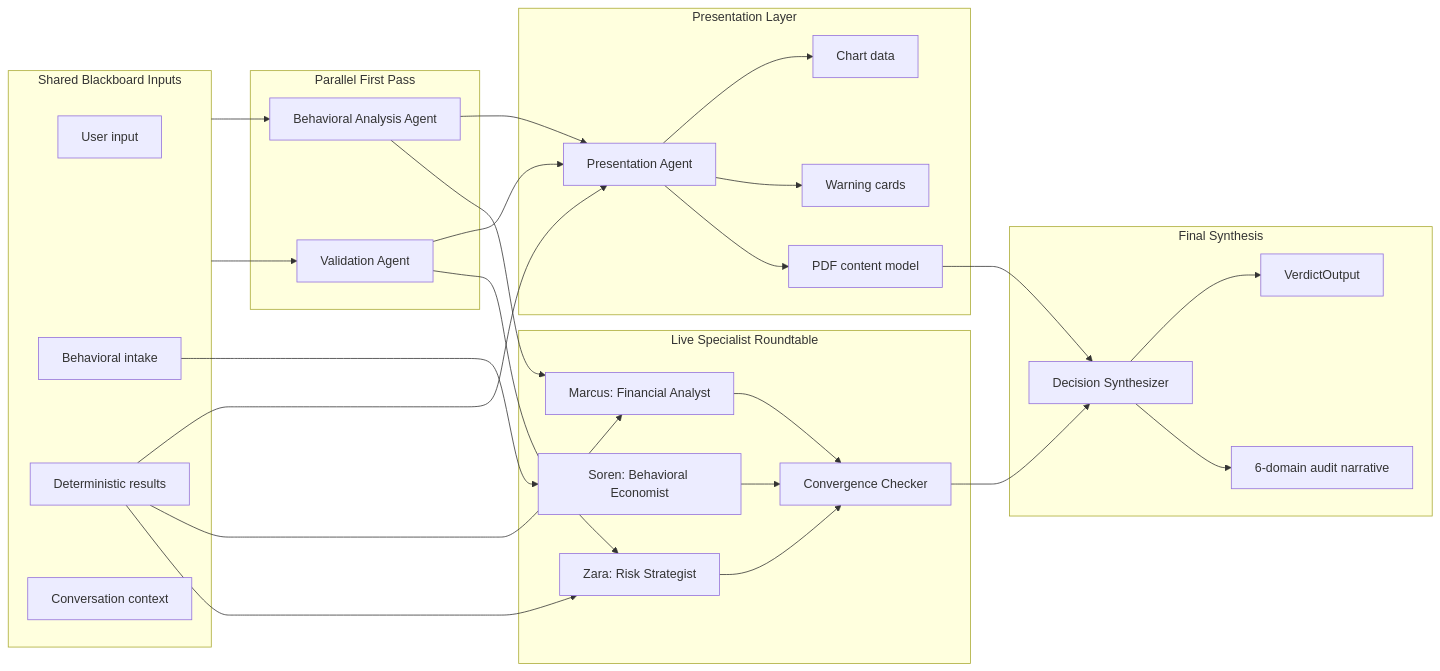
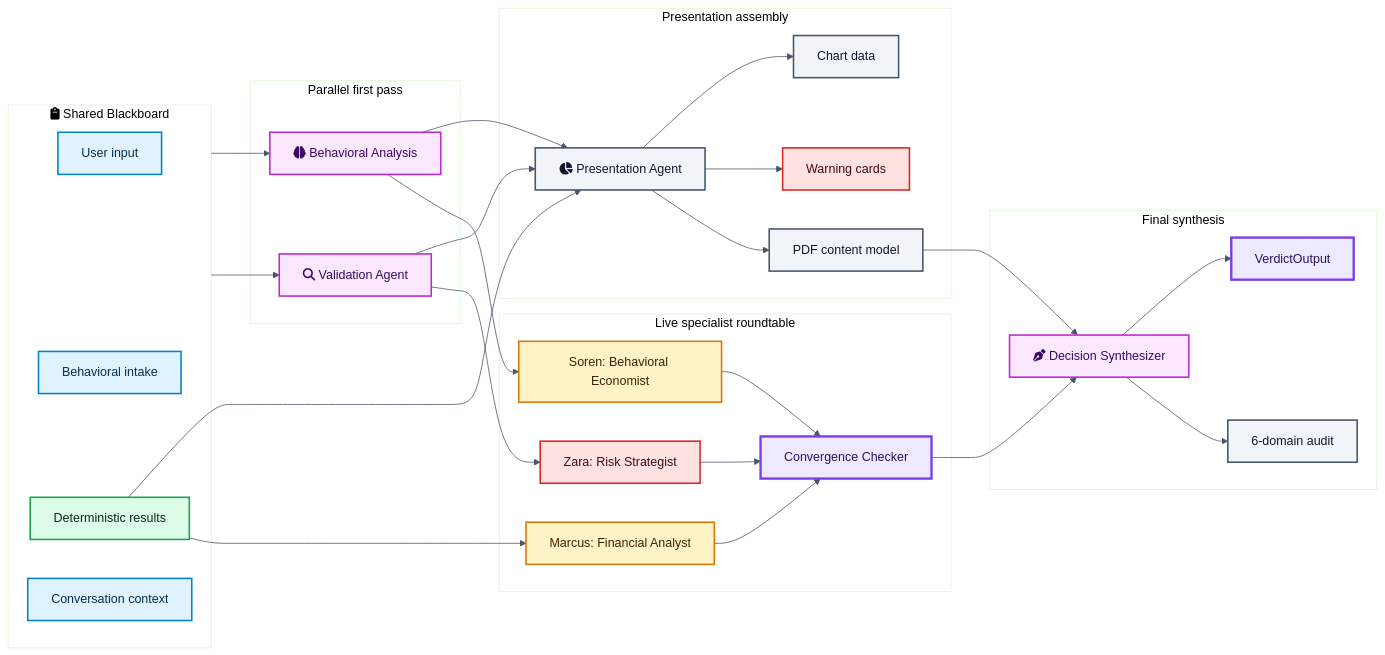
The eighth of 15 diagrams in README.md (HeetRanpura/NIV-AI), drawn with Mermaid before and after one commit. The commit also changed other lines of this file, not shown here.

Commit message:
Refine README diagrams and cost model

````diff
--- a/README.md
+++ b/README.md
@@ -493,56 +691,62 @@
 ```mermaid
+%%{init: {"theme":"base","themeVariables":{"primaryColor":"#fae8ff","primaryBorderColor":"#c026d3","lineColor":"#475569","fontFamily":"Inter, Arial"}}}%%
 flowchart LR
-    subgraph Inputs["Shared Blackboard Inputs"]
-        UI["User input"]
-        BI["Behavioral intake"]
-        DR["Deterministic results"]
-        CTX["Conversation context"]
+    subgraph BB["fa:fa-clipboard Shared Blackboard"]
+        UI["User input"]:::input
+        BI["Behavioral intake"]:::input
+        DR["Deterministic results"]:::math
+        CTX["Conversation context"]:::input
     end
 
-    subgraph Parallel["Parallel First Pass"]
-        BA["Behavioral Analysis Agent"]
-        VA["Validation Agent"]
+    subgraph FirstPass["Parallel first pass"]
+        BA["fa:fa-brain Behavioral Analysis"]:::ai
+        VA["fa:fa-magnifying-glass Validation Agent"]:::ai
     end
 
-    subgraph Presentation["Presentation Layer"]
-        PA["Presentation Agent"]
-        Charts["Chart data"]
-        Warnings["Warning cards"]
-        PDFModel["PDF content model"]
+    subgraph Presentation["Presentation assembly"]
+        PA["fa:fa-chart-pie Presentation Agent"]:::report
+        Charts["Chart data"]:::report
+        Cards["Warning cards"]:::risk
+        PDFModel["PDF content model"]:::report
     end
 
-    subgraph Roundtable["Live Specialist Roundtable"]
-        Marcus["Marcus: Financial Analyst"]
-        Zara["Zara: Risk Strategist"]
-        Soren["Soren: Behavioral Economist"]
-        Conv["Convergence Checker"]
+    subgraph Roundtable["Live specialist roundtable"]
+        Marcus["Marcus: Financial Analyst"]:::expert
+        Zara["Zara: Risk Strategist"]:::risk
+        Soren["Soren: Behavioral Economist"]:::expert
+        Conv["Convergence Checker"]:::decision
     end
 
-    subgraph Final["Final Synthesis"]
-        DS["Decision Synthesizer"]
-        Verdict["VerdictOutput"]
-        Audit["6-domain audit narrative"]
+    subgraph Final["Final synthesis"]
+        DS["fa:fa-pen-nib Decision Synthesizer"]:::ai
+        Verdict["VerdictOutput"]:::decision
+        Audit["6-domain audit"]:::report
     end
 
-    Inputs --> BA
-    Inputs --> VA
+    BB --> BA
+    BB --> VA
     BA --> PA
     VA --> PA
     DR --> PA
     PA --> Charts
-    PA --> Warnings
+    PA --> Cards
     PA --> PDFModel
-
-    BA --> Marcus
+    BA --> Soren
     VA --> Zara
     DR --> Marcus
-    DR --> Zara
-    BI --> Soren
     Marcus --> Conv
     Zara --> Conv
     Soren --> Conv
     Conv --> DS
     PDFModel --> DS
     DS --> Verdict
     DS --> Audit
+
+    classDef input fill:#e0f2fe,stroke:#0284c7,stroke-width:2px,color:#082f49;
+    classDef math fill:#dcfce7,stroke:#16a34a,stroke-width:2px,color:#052e16;
+    classDef ai fill:#fae8ff,stroke:#c026d3,stroke-width:2px,color:#3b0764;
+    classDef report fill:#f1f5f9,stroke:#475569,stroke-width:2px,color:#0f172a;
+    classDef risk fill:#fee2e2,stroke:#dc2626,stroke-width:2px,color:#450a0a;
+    classDef expert fill:#fef3c7,stroke:#d97706,stroke-width:2px,color:#422006;
+    classDef decision fill:#ede9fe,stroke:#7c3aed,stroke-width:3px,color:#2e1065;
 ```
````
